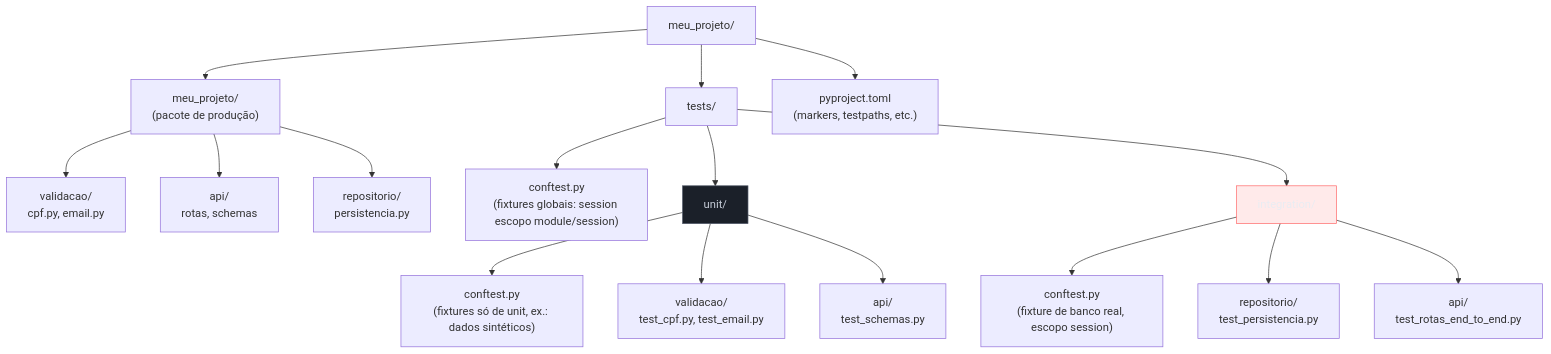
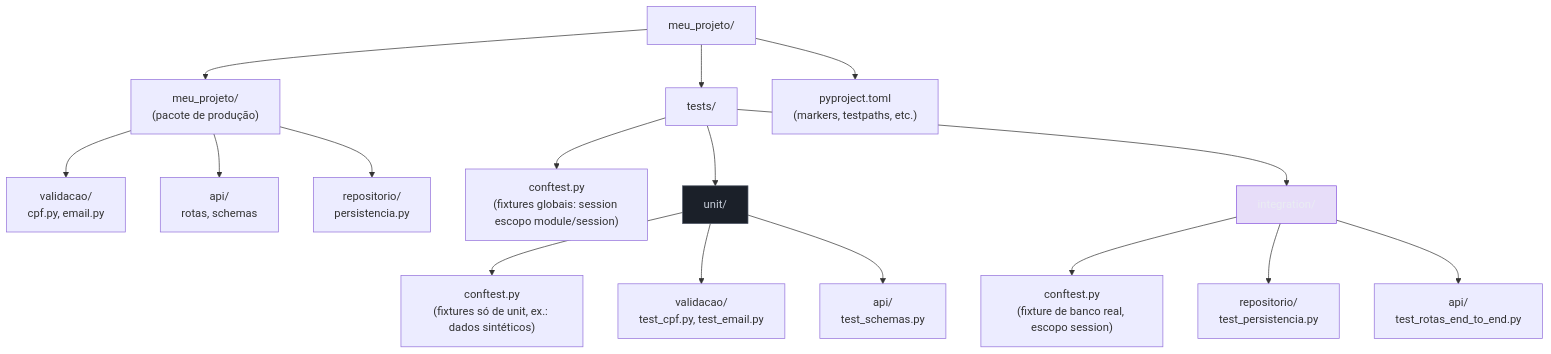
One commit to josenaldo/codex-technomanticus changed the second of 2 diagrams in 03-Dominios/Tecnologia/Python/Testes/03 - Parametrização e organização de suíte.md. Above: the diagram before and after it, drawn with Mermaid. The commit also changed other lines of this file and 601 other files, not shown here.

````diff
--- a/03-Dominios/Tecnologia/Python/Testes/03 - Parametrização e organização de suíte.md
+++ b/03-Dominios/Tecnologia/Python/Testes/03 - Parametrização e organização de suíte.md
@@ -337,27 +337,27 @@
 ```mermaid
 flowchart TD
+    classDef marca fill:#8855DF33,stroke:#8855DF,color:#E9ECF2
     classDef neutro fill:#1B2029,stroke:#4E5666,color:#C6CCD8
-    classDef falha fill:#FF6B6B24,stroke:#FF6B6B,color:#E9ECF2
     ROOT["meu_projeto/"] --> SRC["meu_projeto/<br/>(pacote de produção)"]
     ROOT --> TESTS["tests/"]
     ROOT --> CONF["pyproject.toml<br/>(markers, testpaths, etc.)"]
 
     SRC --> VALIDACAO["validacao/<br/>cpf.py, email.py"]
     SRC --> API["api/<br/>rotas, schemas"]
     SRC --> REPO["repositorio/<br/>persistencia.py"]
 
     TESTS --> TCONF["conftest.py<br/>(fixtures globais: session escopo module/session)"]
     TESTS --> UNIT["unit/"]
     TESTS --> INTEG["integration/"]
 
     UNIT --> UCONF["conftest.py<br/>(fixtures só de unit, ex.: dados sintéticos)"]
     UNIT --> UVALID["validacao/<br/>test_cpf.py, test_email.py"]
     UNIT --> UAPI["api/<br/>test_schemas.py"]
 
     INTEG --> ICONF["conftest.py<br/>(fixture de banco real, escopo session)"]
     INTEG --> IREPO["repositorio/<br/>test_persistencia.py"]
     INTEG --> IAPI["api/<br/>test_rotas_end_to_end.py"]
 
     class UNIT neutro
-    class INTEG falha
+    class INTEG marca
 ```
````
